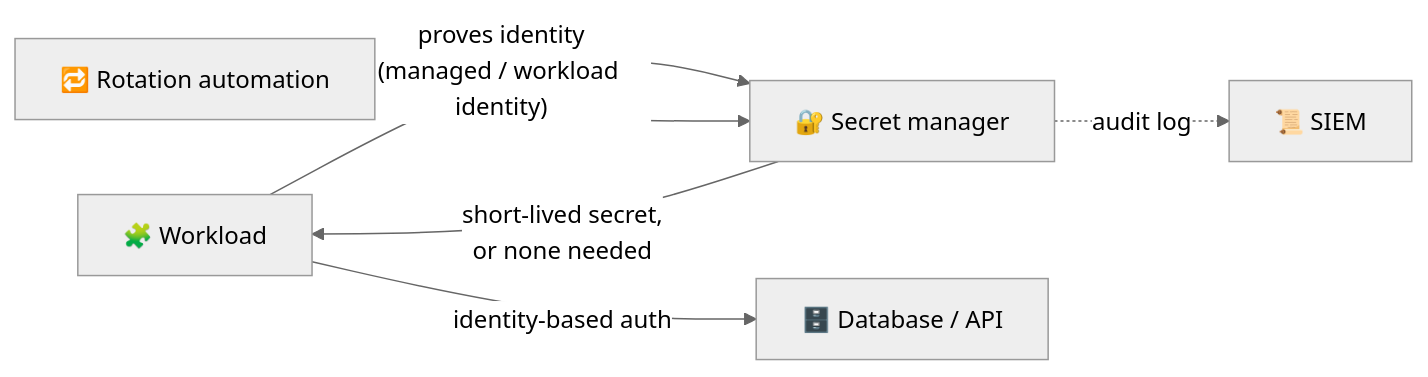
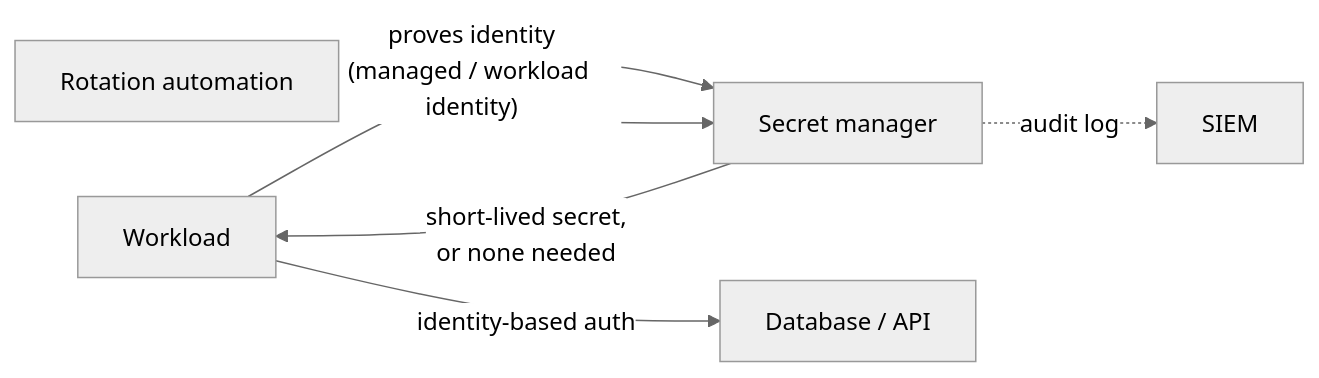
The second of 2 diagrams in docs/08-secrets-by-design.md (aboutBilal/leak-response-toolkit), drawn with Mermaid (neutral theme) before and after one commit. The commit also changed other lines of this file and 30 other files, not shown here.

````diff
--- a/docs/08-secrets-by-design.md
+++ b/docs/08-secrets-by-design.md
@@ -139,8 +139,8 @@
 ```mermaid
 flowchart LR
-    W["🧩 Workload"] -->|"proves identity<br/>(managed / workload identity)"| V["🔐 Secret manager"]
+    W["Workload"] -->|"proves identity<br/>(managed / workload identity)"| V["Secret manager"]
     V -->|"short-lived secret,<br/>or none needed"| W
-    W -->|"identity-based auth"| DB["🗄️ Database / API"]
-    V -.->|"audit log"| L["📜 SIEM"]
-    R["🔁 Rotation automation"] --> V
+    W -->|"identity-based auth"| DB["Database / API"]
+    V -.->|"audit log"| L["SIEM"]
+    R["Rotation automation"] --> V
 ```
````
